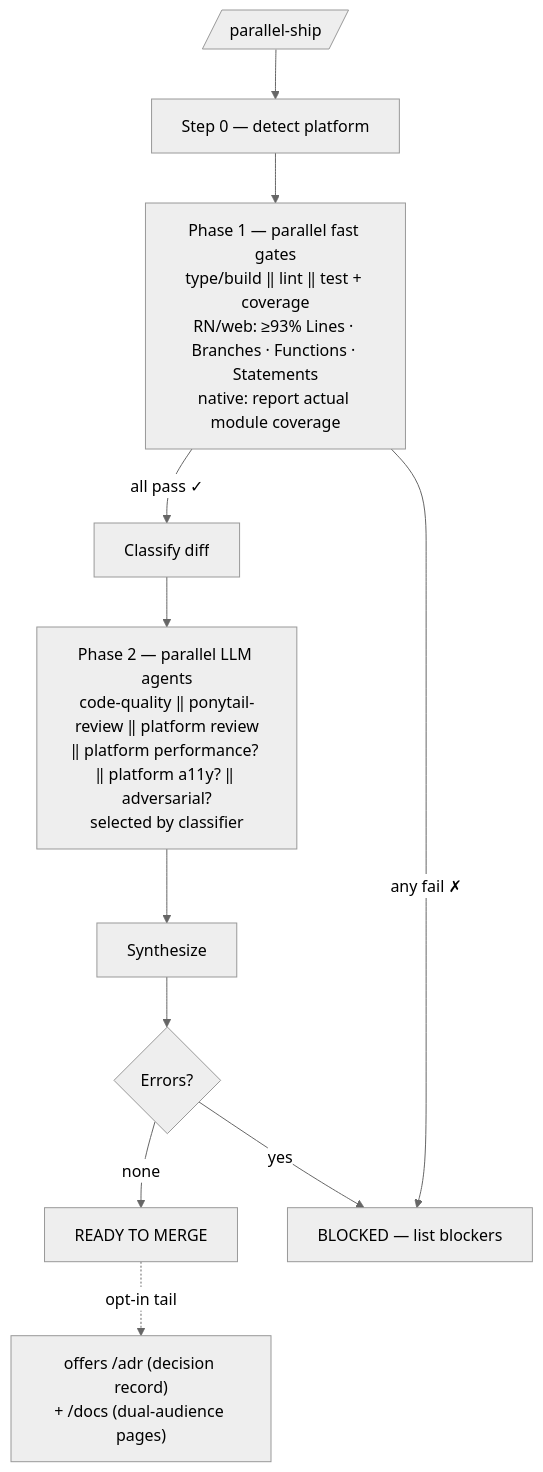
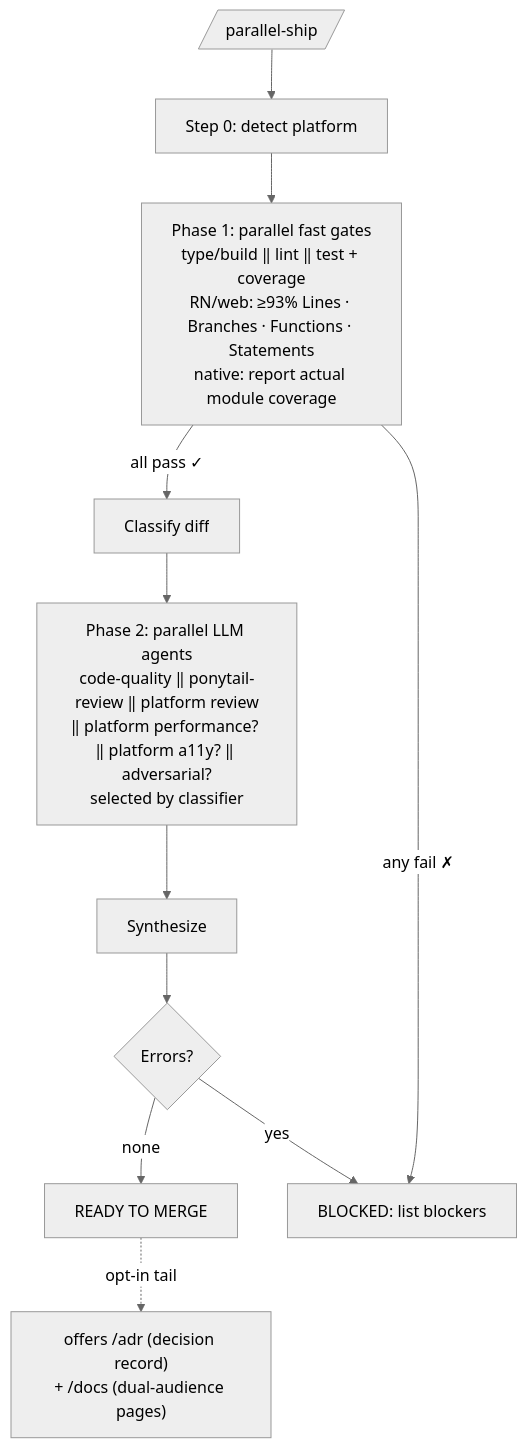
One commit to raditia/CraftKit changed the third of 13 diagrams in README.md. Above: the diagram before and after it, drawn with Mermaid (neutral theme). The commit also changed other lines of this file and 79 other files, not shown here.

First line of the commit message:
feat: grill gaps, em-dash sweep, graphify wiring (v1.29.0)

````diff
--- a/README.md
+++ b/README.md
@@ -237,13 +237,13 @@
 ```mermaid
 flowchart TD
-    A[/parallel-ship/] --> P["Step 0 — detect platform"]
-    P --> B["Phase 1 — parallel fast gates\ntype/build ‖ lint ‖ test + coverage\nRN/web: ≥93% Lines · Branches · Functions · Statements\nnative: report actual module coverage"]
+    A[/parallel-ship/] --> P["Step 0: detect platform"]
+    P --> B["Phase 1: parallel fast gates\ntype/build ‖ lint ‖ test + coverage\nRN/web: ≥93% Lines · Branches · Functions · Statements\nnative: report actual module coverage"]
     B -->|all pass ✓| C[Classify diff]
-    C --> D["Phase 2 — parallel LLM agents\ncode-quality ‖ ponytail-review ‖ platform review\n‖ platform performance? ‖ platform a11y? ‖ adversarial?\nselected by classifier"]
+    C --> D["Phase 2: parallel LLM agents\ncode-quality ‖ ponytail-review ‖ platform review\n‖ platform performance? ‖ platform a11y? ‖ adversarial?\nselected by classifier"]
     D --> E[Synthesize]
     E --> F{Errors?}
     F -->|none| G[READY TO MERGE]
     G -.->|opt-in tail| T["offers /adr (decision record)\n+ /docs (dual-audience pages)"]
-    F -->|yes| H[BLOCKED — list blockers]
+    F -->|yes| H["BLOCKED: list blockers"]
     B -->|any fail ✗| H
 ```
````
